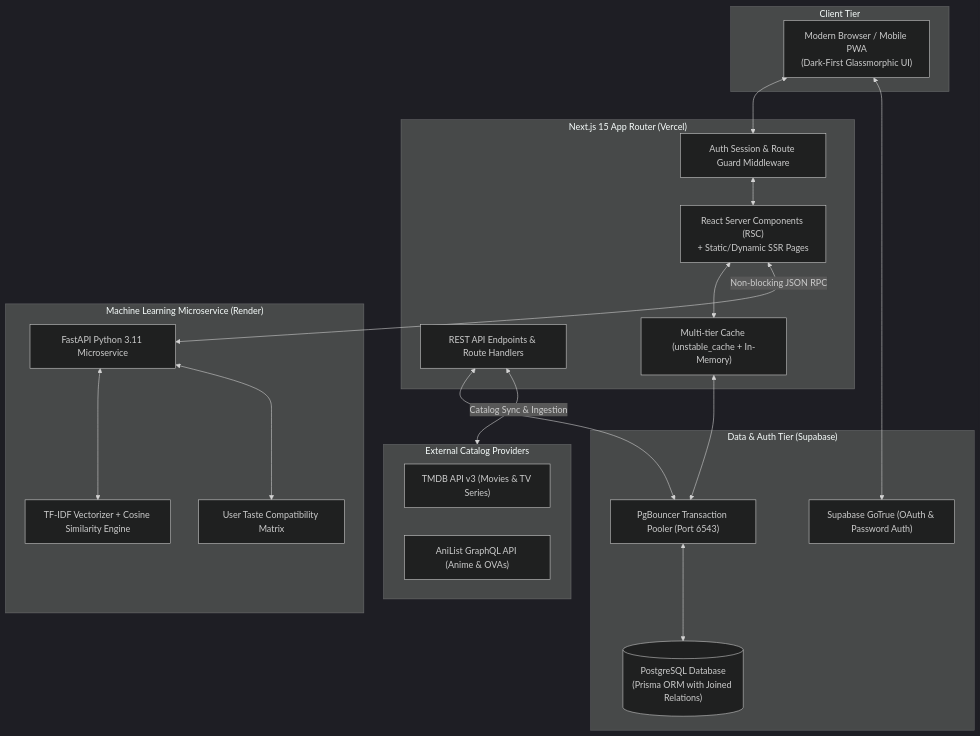
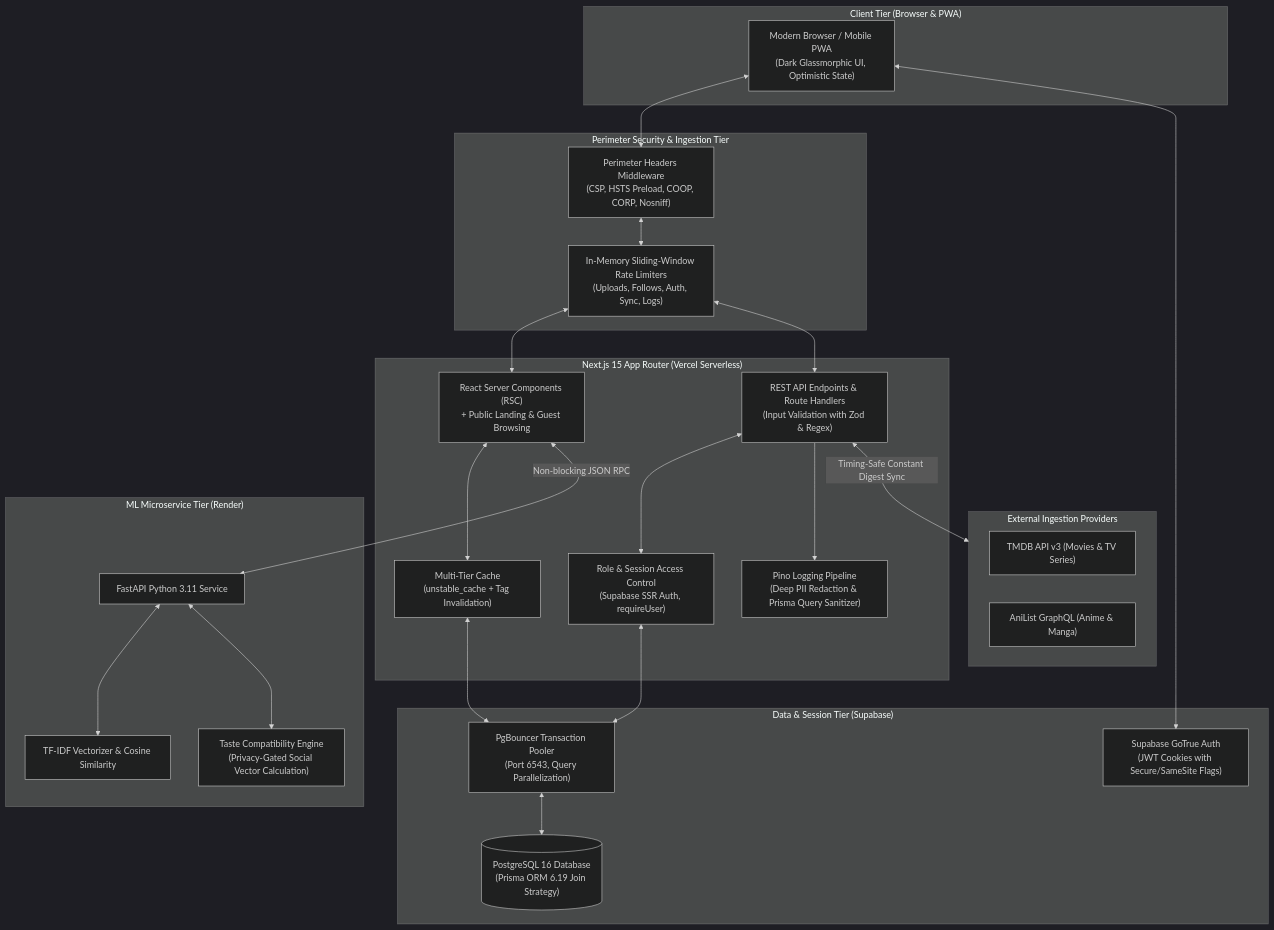
The diagram in README.md (snmallick2401/MovieMinds), drawn with Mermaid (dark theme) before and after one commit. The commit also changed other lines of this file, not shown here.

Commit message:
docs: rewrite README.md with comprehensive architecture, security hardening, and guest browsing

````diff
--- a/README.md
+++ b/README.md
@@ -44,42 +46,52 @@
 ```mermaid
 flowchart TD
-    subgraph Client ["Client Tier"]
-        Browser["Modern Browser / Mobile PWA\n(Dark-First Glassmorphic UI)"]
+    subgraph ClientLayer ["Client Tier (Browser & PWA)"]
+        Browser["Modern Browser / Mobile PWA\n(Dark Glassmorphic UI, Optimistic State)"]
     end
 
-    subgraph AppTier ["Next.js 15 App Router (Vercel)"]
-        RSC["React Server Components (RSC)\n+ Static/Dynamic SSR Pages"]
-        Middleware["Auth Session & Route Guard Middleware"]
-        API["REST API Endpoints & Route Handlers"]
-        CacheLayer["Multi-tier Cache (unstable_cache + In-Memory)"]
+    subgraph PerimeterTier ["Perimeter Security & Ingestion Tier"]
+        Headers["Perimeter Headers Middleware\n(CSP, HSTS Preload, COOP, CORP, Nosniff)"]
+        RateLimiter["In-Memory Sliding-Window Rate Limiters\n(Uploads, Follows, Auth, Sync, Logs)"]
     end
 
-    subgraph DataTier ["Data & Auth Tier (Supabase)"]
-        SupaAuth["Supabase GoTrue (OAuth & Password Auth)"]
-        PgBouncer["PgBouncer Transaction Pooler (Port 6543)"]
-        Postgres[("PostgreSQL Database\n(Prisma ORM with Joined Relations)")]
+    subgraph AppTier ["Next.js 15 App Router (Vercel Serverless)"]
+        RSC["React Server Components (RSC)\n+ Public Landing & Guest Browsing"]
+        AuthGuards["Role & Session Access Control\n(Supabase SSR Auth, requireUser)"]
+        API["REST API Endpoints & Route Handlers\n(Input Validation with Zod & Regex)"]
+        CacheLayer["Multi-Tier Cache\n(unstable_cache + Tag Invalidation)"]
+        Logger["Pino Logging Pipeline\n(Deep PII Redaction & Prisma Query Sanitizer)"]
     end
 
-    subgraph AITier ["Machine Learning Microservice (Render)"]
-        FastAPI["FastAPI Python 3.11 Microservice"]
-        Recommender["TF-IDF Vectorizer + Cosine Similarity Engine"]
-        TasteMatcher["User Taste Compatibility Matrix"]
+    subgraph DataTier ["Data & Session Tier (Supabase)"]
+        SupaAuth["Supabase GoTrue Auth\n(JWT Cookies with Secure/SameSite Flags)"]
+        PgBouncer["PgBouncer Transaction Pooler\n(Port 6543, Query Parallelization)"]
+        Postgres[("PostgreSQL 16 Database\n(Prisma ORM 6.19 Join Strategy)")]
     end
 
-    subgraph ExternalServices ["External Catalog Providers"]
-        TMDB["TMDB API v3 (Movies & TV Series)"]
-        AniList["AniList GraphQL API (Anime & OVAs)"]
+    subgraph AITier ["ML Microservice Tier (Render)"]
+        FastAPI["FastAPI Python 3.11 Service"]
+        TFIDF["TF-IDF Vectorizer & Cosine Similarity"]
+        TasteMatch["Taste Compatibility Engine\n(Privacy-Gated Social Vector Calculation)"]
     end
 
-    Browser <--> Middleware
-    Middleware <--> RSC
+    subgraph ExternalCatalog ["External Ingestion Providers"]
+        TMDB["TMDB API v3 (Movies & TV Series)"]
+        AniList["AniList GraphQL (Anime & Manga)"]
+    end
+
+    Browser <--> Headers
+    Headers <--> RateLimiter
+    RateLimiter <--> RSC
+    RateLimiter <--> API
     RSC <--> CacheLayer
     CacheLayer <--> PgBouncer
-    API <--> PgBouncer
+    API <--> AuthGuards
+    AuthGuards <--> PgBouncer
     PgBouncer <--> Postgres
     Browser <--> SupaAuth
+    API --> Logger
     RSC <-->|Non-blocking JSON RPC| FastAPI
-    API <-->|Catalog Sync & Ingestion| ExternalServices
-    FastAPI <--> Recommender
-    FastAPI <--> TasteMatcher
+    FastAPI <--> TFIDF
+    FastAPI <--> TasteMatch
+    API <-->|Timing-Safe Constant Digest Sync| ExternalCatalog
 ```
````
